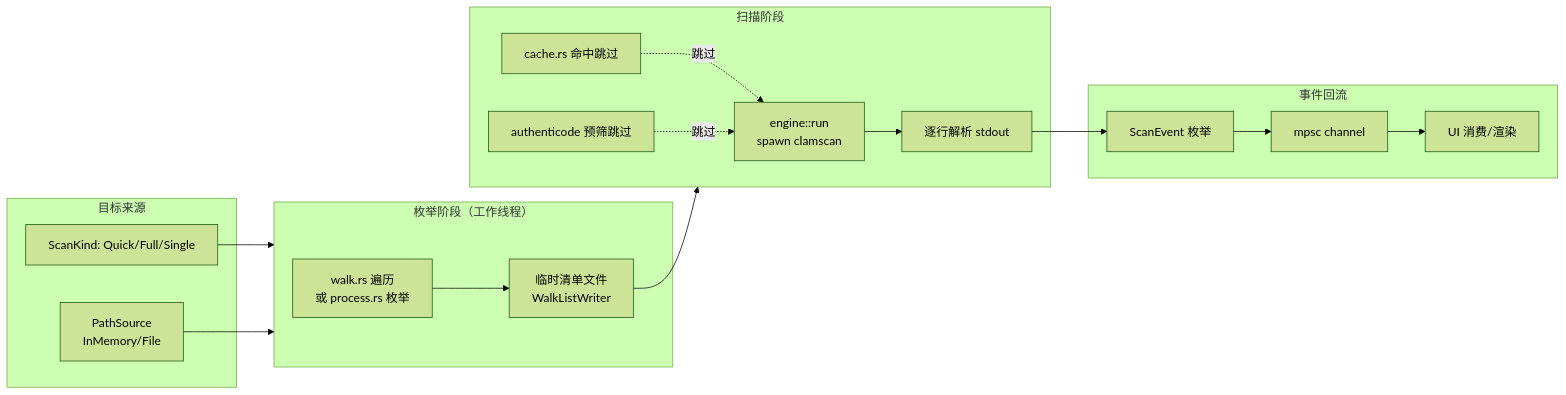
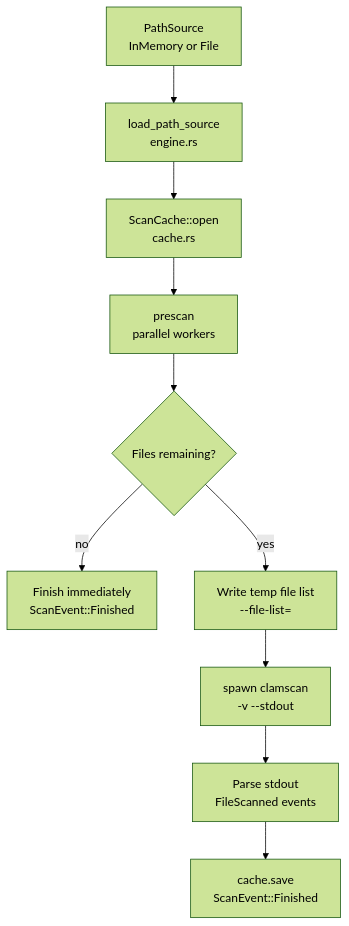
The diagram in .terrain/human/4.Deep-Exploration/scan.md (sopaco/CLV3000), drawn with Mermaid (forest theme) before and after one commit. The commit also changed other lines of this file and 14 other files, not shown here.

````diff
--- a/.terrain/human/4.Deep-Exploration/scan.md
+++ b/.terrain/human/4.Deep-Exploration/scan.md
@@ -30,33 +49,12 @@
 ```mermaid
-flowchart LR
-    subgraph source["目标来源"]
-        kind["ScanKind: Quick/Full/Single"]
-        source0["PathSource<br/>InMemory/File"]
-    end
-    subgraph enumerate["枚举阶段（工作线程）"]
-        walker["walk.rs 遍历<br/>或 process.rs 枚举"]
-        list["临时清单文件<br/>WalkListWriter"]
-    end
-    subgraph engine0["扫描阶段"]
-        cmd["engine::run<br/>spawn clamscan"]
-        cache0["cache.rs 命中跳过"]
-        auth["authenticode 预筛跳过"]
-        parse["逐行解析 stdout"]
-    end
-    subgraph events["事件回流"]
-        ev["ScanEvent 枚举"]
-        ch["mpsc channel"]
-        ui["UI 消费/渲染"]
-    end
-
-    kind --> enumerate
-    source0 --> enumerate
-    walker --> list
-    list --> engine0
-    cmd --> parse
-    cache0 -.跳过.-> cmd
-    auth -.跳过.-> cmd
-    parse --> ev
-    ev --> ch
-    ch --> ui
+flowchart TD
+    A["PathSource<br/>InMemory or File"] --> B["load_path_source<br/>engine.rs"]
+    B --> C["ScanCache::open<br/>cache.rs"]
+    C --> D["prescan<br/>parallel workers"]
+    D --> E{"Files remaining?"}
+    E -->|no| F["Finish immediately<br/>ScanEvent::Finished"]
+    E -->|yes| G["Write temp file list<br/>--file-list="]
+    G --> H["spawn clamscan<br/>-v --stdout"]
+    H --> I["Parse stdout<br/>FileScanned events"]
+    I --> J["cache.save<br/>ScanEvent::Finished"]
 ```
````
